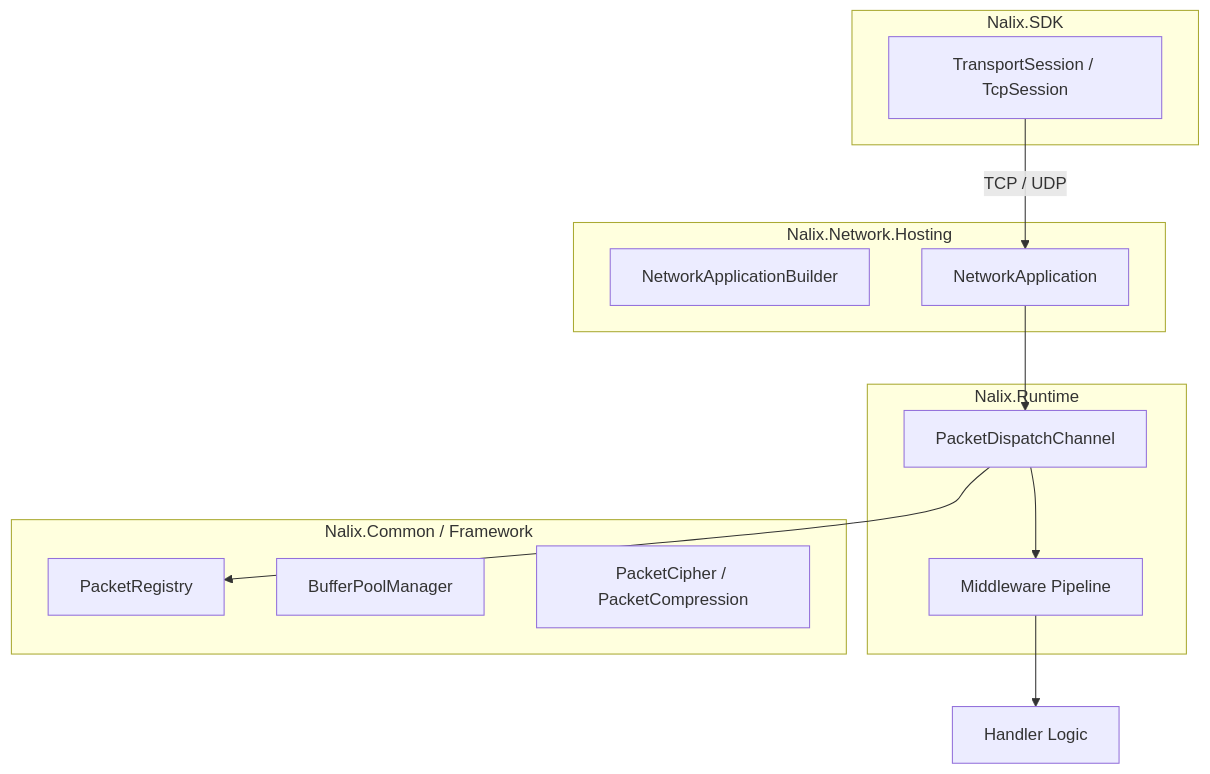
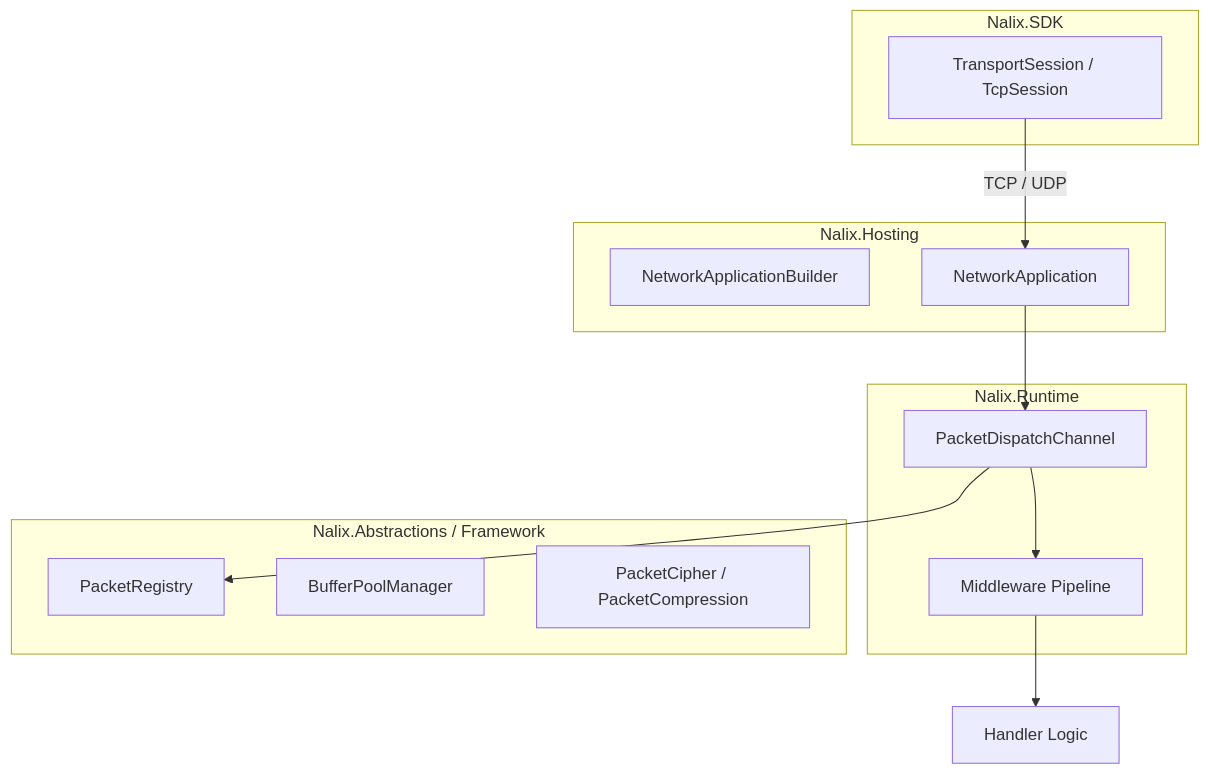
One commit to ppn-systems/Nalix changed the diagram in docs/index.md. Above: the diagram before and after it, drawn with Mermaid. The commit also changed other lines of this file and 1038 other files, not shown here.

````diff
--- a/docs/index.md
+++ b/docs/index.md
@@ -89,28 +89,28 @@
 ```mermaid
 graph TD
     subgraph Client ["Nalix.SDK"]
         Session["TransportSession / TcpSession"]
     end
 
-    subgraph Server ["Nalix.Network.Hosting"]
+    subgraph Server ["Nalix.Hosting"]
         Builder["NetworkApplicationBuilder"]
         Host["NetworkApplication"]
     end
 
     subgraph Runtime ["Nalix.Runtime"]
         Dispatch["PacketDispatchChannel"]
         Middleware["Middleware Pipeline"]
     end
 
-    subgraph Base ["Nalix.Common / Framework"]
+    subgraph Base ["Nalix.Abstractions / Framework"]
         Registry["PacketRegistry"]
         Pool["BufferPoolManager"]
         Crypto["PacketCipher / PacketCompression"]
     end
 
     Session -- "TCP / UDP" --> Host
     Host --> Dispatch
     Dispatch --> Registry
     Dispatch --> Middleware
     Middleware --> Handlers["Handler Logic"]
 ```
````
